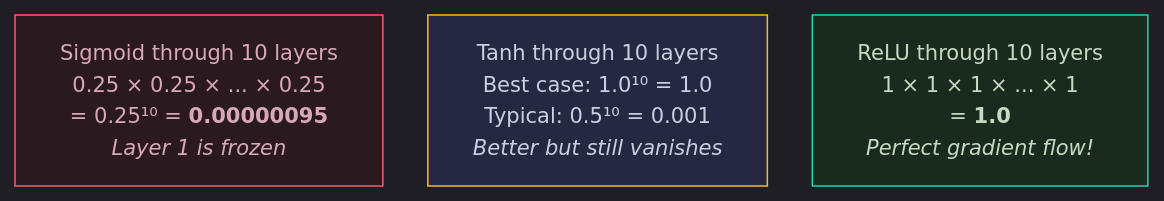
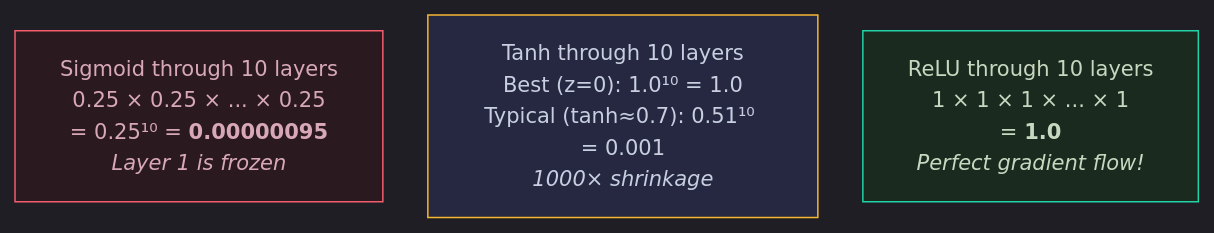
The fourth of 18 diagrams in Documents/Visual_Guides/Deep_Learning/Neural_Network_Fundamentals_Visual.md (snehith1234/StudyCircle), drawn with Mermaid before and after one commit. The commit also changed other lines of this file, not shown here.

Commit message:
Explain tanh typical gradient value (0.51 from tanh≈0.7)

````diff
--- a/Documents/Visual_Guides/Deep_Learning/Neural_Network_Fundamentals_Visual.md
+++ b/Documents/Visual_Guides/Deep_Learning/Neural_Network_Fundamentals_Visual.md
@@ -125,11 +128,11 @@
 ```mermaid
 %%{init: {'theme': 'dark', 'themeVariables': {'darkMode': true, 'background': '#0e1117', 'primaryColor': '#1a1d2e', 'primaryTextColor': '#e2e8f0', 'primaryBorderColor': '#2d3148', 'lineColor': '#8892b0', 'secondaryColor': '#252840', 'tertiaryColor': '#1a1d2e', 'fontSize': '14px', 'edgeLabelBackground': '#0e1117'}, 'flowchart': {'nodeSpacing': 30, 'rankSpacing': 40, 'padding': 15, 'htmlLabels': true}}}%%
 graph TD
     SIG10["Sigmoid through 10 layers<br/>0.25 × 0.25 × ... × 0.25<br/>= 0.25¹⁰ = <b>0.00000095</b><br/><i>Layer 1 is frozen</i>"]
-    TANH10["Tanh through 10 layers<br/>Best case: 1.0¹⁰ = 1.0<br/>Typical: 0.5¹⁰ = 0.001<br/><i>Better but still vanishes</i>"]
+    TANH10["Tanh through 10 layers<br/>Best (z=0): 1.0¹⁰ = 1.0<br/>Typical (tanh≈0.7): 0.51¹⁰ = 0.001<br/><i>1000× shrinkage</i>"]
     RELU10["ReLU through 10 layers<br/>1 × 1 × 1 × ... × 1<br/>= <b>1.0</b><br/><i>Perfect gradient flow!</i>"]
 
     style SIG10 fill:#2a1a1f,stroke:#f45d6d,color:#d8a8b8
     style TANH10 fill:#252840,stroke:#f5b731,color:#c8cfe0
     style RELU10 fill:#1a2a1f,stroke:#22d3a7,color:#c8d8c0
 ```
````
